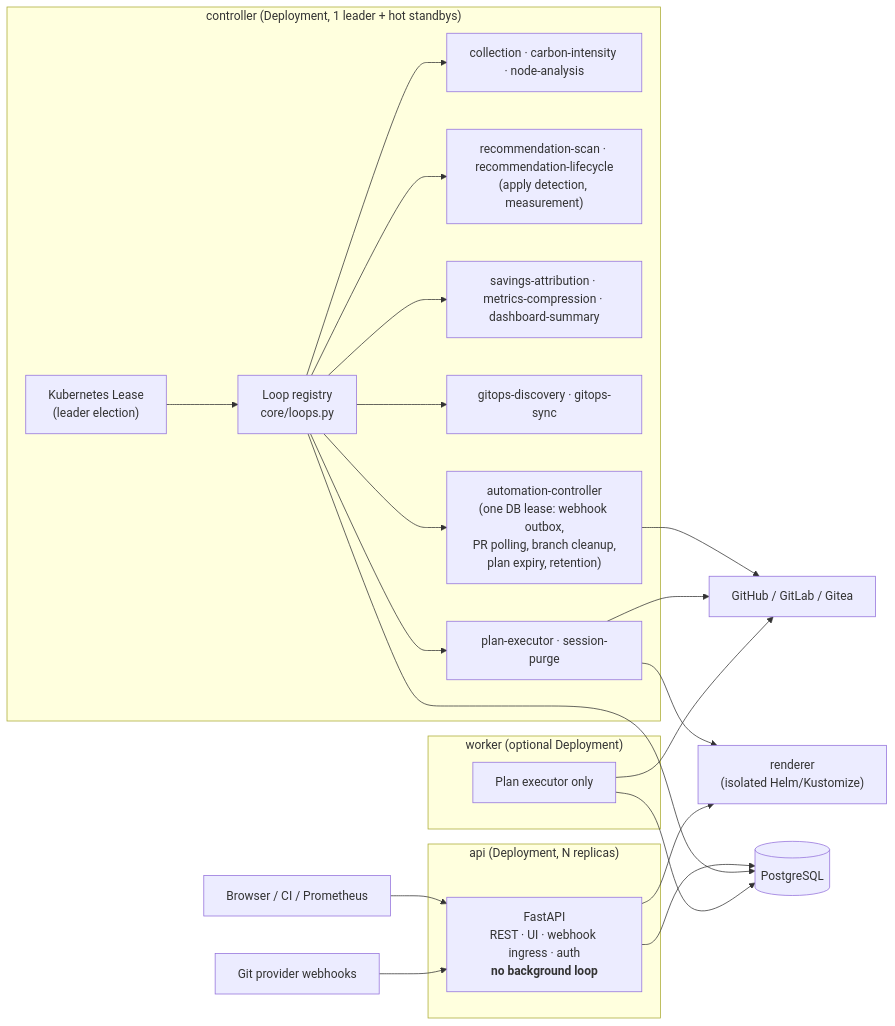
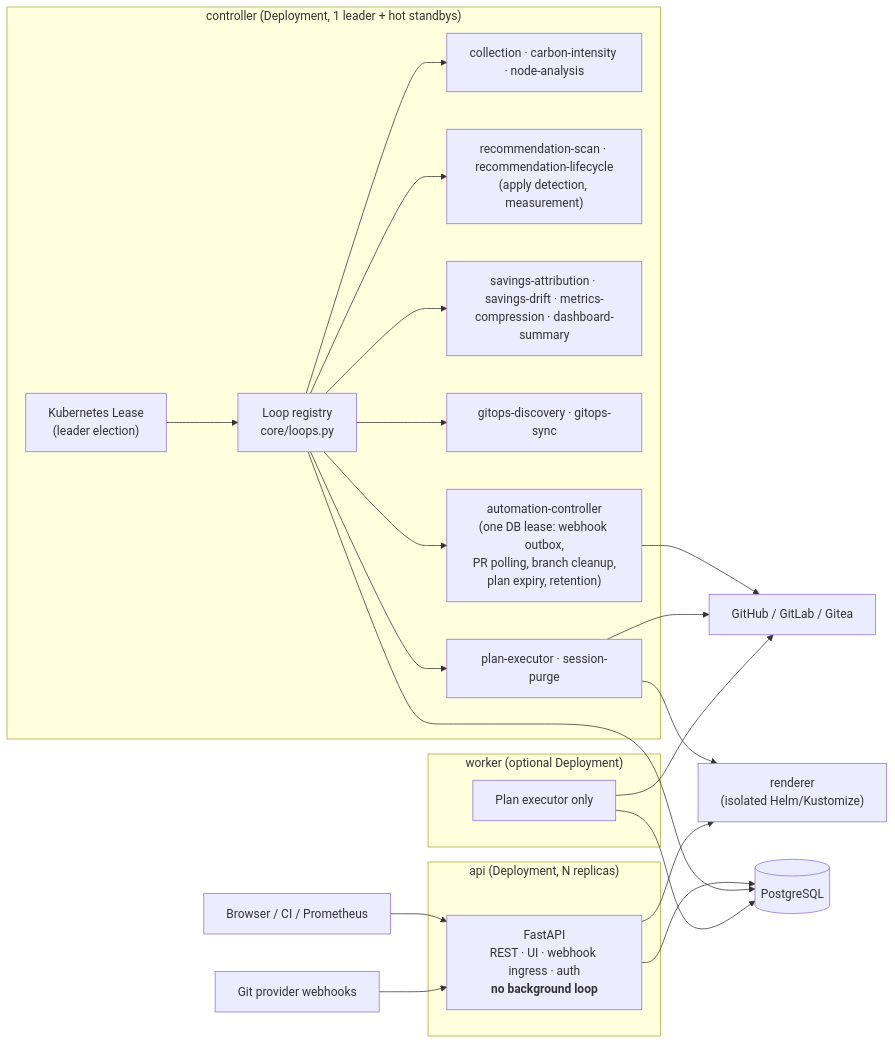
Before and after one commit to GreenKubeCloud/GreenKube: the second of 2 diagrams in docs/architecture.md, drawn with Mermaid. The commit also changed other lines of this file and 7 other files, not shown here.

````diff
--- a/docs/architecture.md
+++ b/docs/architecture.md
@@ -141,37 +141,37 @@
 ```mermaid
 flowchart LR
     Users["Browser / CI / Prometheus"] --> API
     GitHooks["Git provider webhooks"] --> API
 
     subgraph APIProc["api (Deployment, N replicas)"]
         API["FastAPI<br/>REST · UI · webhook ingress · auth<br/><b>no background loop</b>"]
     end
 
     subgraph Ctrl["controller (Deployment, 1 leader + hot standbys)"]
         Lease["Kubernetes Lease<br/>(leader election)"]
         Registry["Loop registry<br/>core/loops.py"]
         Lease --> Registry
         Registry --> L1["collection · carbon-intensity · node-analysis"]
         Registry --> L2["recommendation-scan · recommendation-lifecycle<br/>(apply detection, measurement)"]
-        Registry --> L3["savings-attribution · metrics-compression · dashboard-summary"]
+        Registry --> L3["savings-attribution · savings-drift · metrics-compression · dashboard-summary"]
         Registry --> L4["gitops-discovery · gitops-sync"]
         Registry --> L5["automation-controller<br/>(one DB lease: webhook outbox,<br/>PR polling, branch cleanup,<br/>plan expiry, retention)"]
         Registry --> L6["plan-executor · session-purge"]
     end
 
     subgraph Worker["worker (optional Deployment)"]
         W["Plan executor only"]
     end
 
     Renderer["renderer<br/>(isolated Helm/Kustomize)"]
     DB[("PostgreSQL")]
 
     API --> DB
     Registry --> DB
     W --> DB
     L6 --> Renderer
     API --> Renderer
     L5 --> Git["GitHub / GitLab / Gitea"]
     L6 --> Git
     W --> Git
 ```
````
